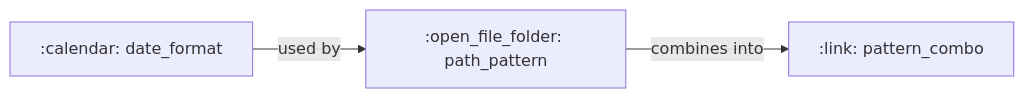
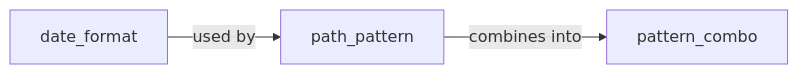
One commit to ThanuMahee12/AgentContext changed diagram 13 of 22 in docs/brainstorms/investigation-db.md. Above: the diagram before and after it, drawn with Mermaid. The commit also changed other lines of this file, not shown here.

Commit message:
docs: remove emoji shortcodes from mermaid diagrams

````diff
--- a/docs/brainstorms/investigation-db.md
+++ b/docs/brainstorms/investigation-db.md
@@ -347,5 +347,5 @@
 ```mermaid
 flowchart LR
-    DF[":calendar: date_format"] -->|used by| PP[":open_file_folder: path_pattern"]
-    PP -->|combines into| PC[":link: pattern_combo"]
+    DF["date_format"] -->|used by| PP["path_pattern"]
+    PP -->|combines into| PC["pattern_combo"]
 ```
````
